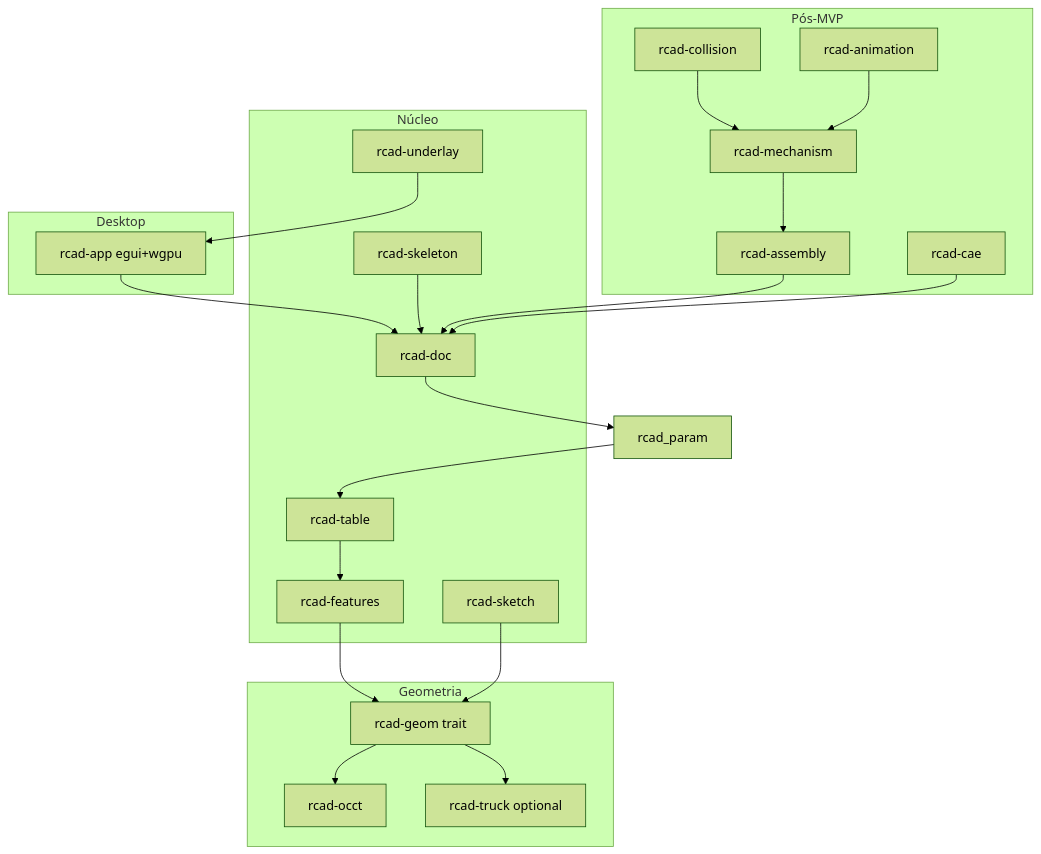
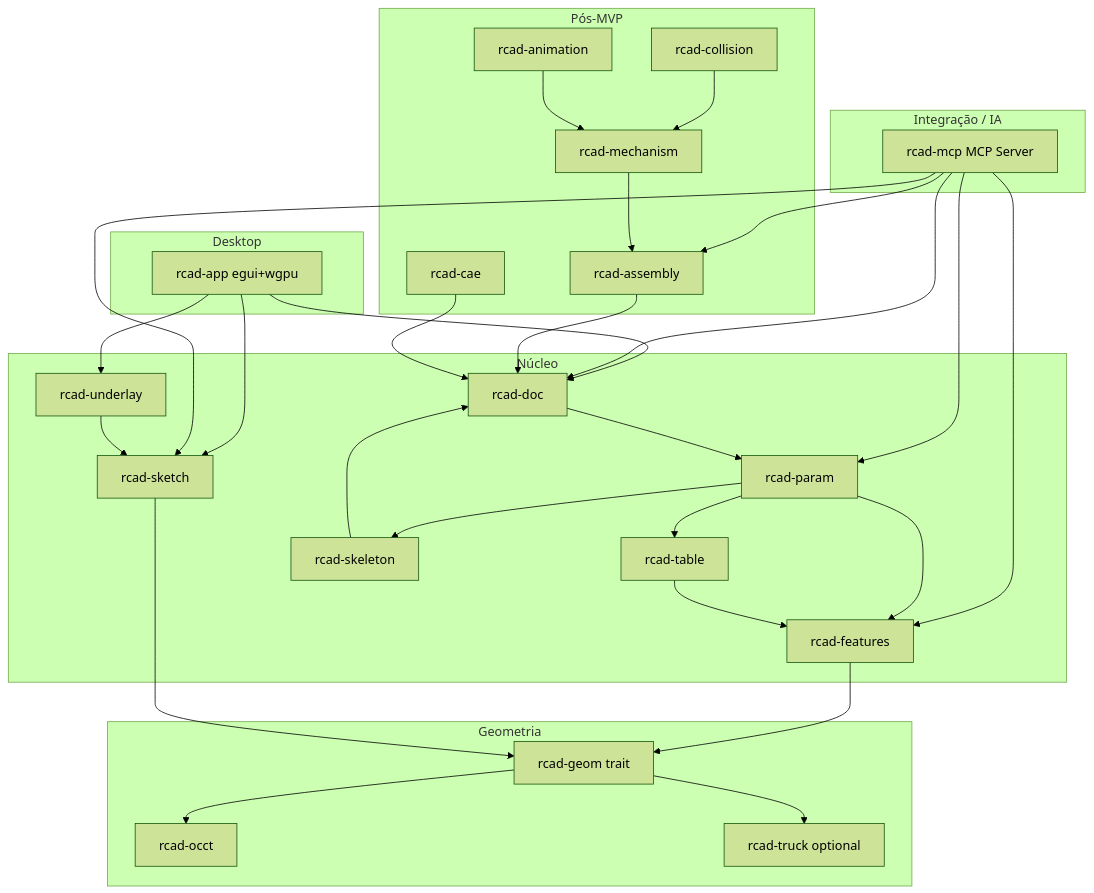
The diagram in instructions.md (bfonseca/Rcad), drawn with Mermaid (forest theme) before and after one commit. The commit also changed other lines of this file and 29 other files, not shown here.

````diff
--- a/instructions.md
+++ b/instructions.md
@@ -59,41 +71,54 @@
 ```mermaid
 flowchart TB
   subgraph app [Desktop]
     rcad_app[rcad-app egui+wgpu]
   end
   subgraph core [Núcleo]
     rcad_doc[rcad-doc]
-     rcad_table[rcad-table]
+    rcad_param[rcad-param]
+    rcad_table[rcad-table]
     rcad_sketch[rcad-sketch]
     rcad_feat[rcad-features]
     rcad_skel[rcad-skeleton]
     rcad_underlay[rcad-underlay]
   end
   subgraph geom [Geometria]
     rcad_geom[rcad-geom trait]
     occt_backend[rcad-occt]
     truck_backend[rcad-truck optional]
   end
+  subgraph integration [Integração / IA]
+    rcad_mcp[rcad-mcp MCP Server]
+  end
   subgraph later [Pós-MVP]
     rcad_asm[rcad-assembly]
     rcad_mech[rcad-mechanism]
     rcad_coll[rcad-collision]
     rcad_anim[rcad-animation]
     rcad_cae[rcad-cae]
   end
   rcad_app --> rcad_doc
+  rcad_app --> rcad_underlay
+  rcad_app --> rcad_sketch
+  rcad_mcp --> rcad_doc
+  rcad_mcp --> rcad_param
+  rcad_mcp --> rcad_sketch
+  rcad_mcp --> rcad_feat
+  rcad_mcp --> rcad_asm
   rcad_doc --> rcad_param
   rcad_param --> rcad_table
-    rcad_table --> rcad_feat
+  rcad_param --> rcad_feat
+  rcad_param --> rcad_skel
+  rcad_table --> rcad_feat
   rcad_feat --> rcad_geom
   rcad_sketch --> rcad_geom
   rcad_skel --> rcad_doc
-  rcad_underlay --> rcad_app
+  rcad_underlay --> rcad_sketch
   rcad_geom --> occt_backend
   rcad_geom --> truck_backend
   rcad_asm --> rcad_doc
   rcad_mech --> rcad_asm
   rcad_coll --> rcad_mech
   rcad_anim --> rcad_mech
   rcad_cae --> rcad_doc
 ```
````
